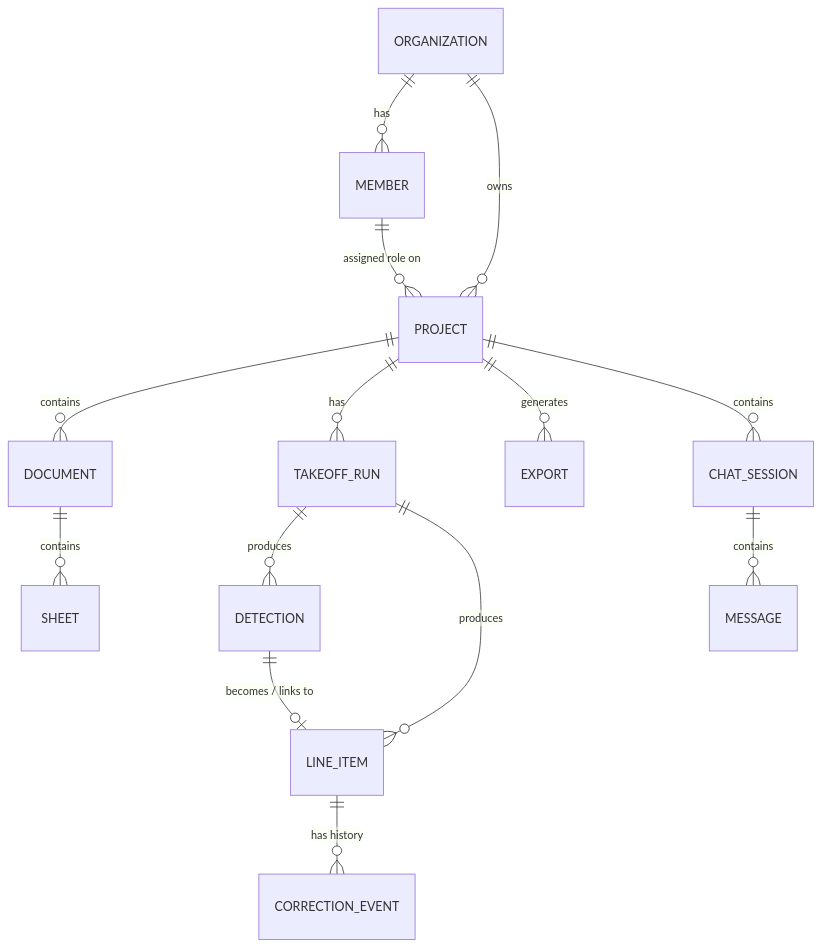
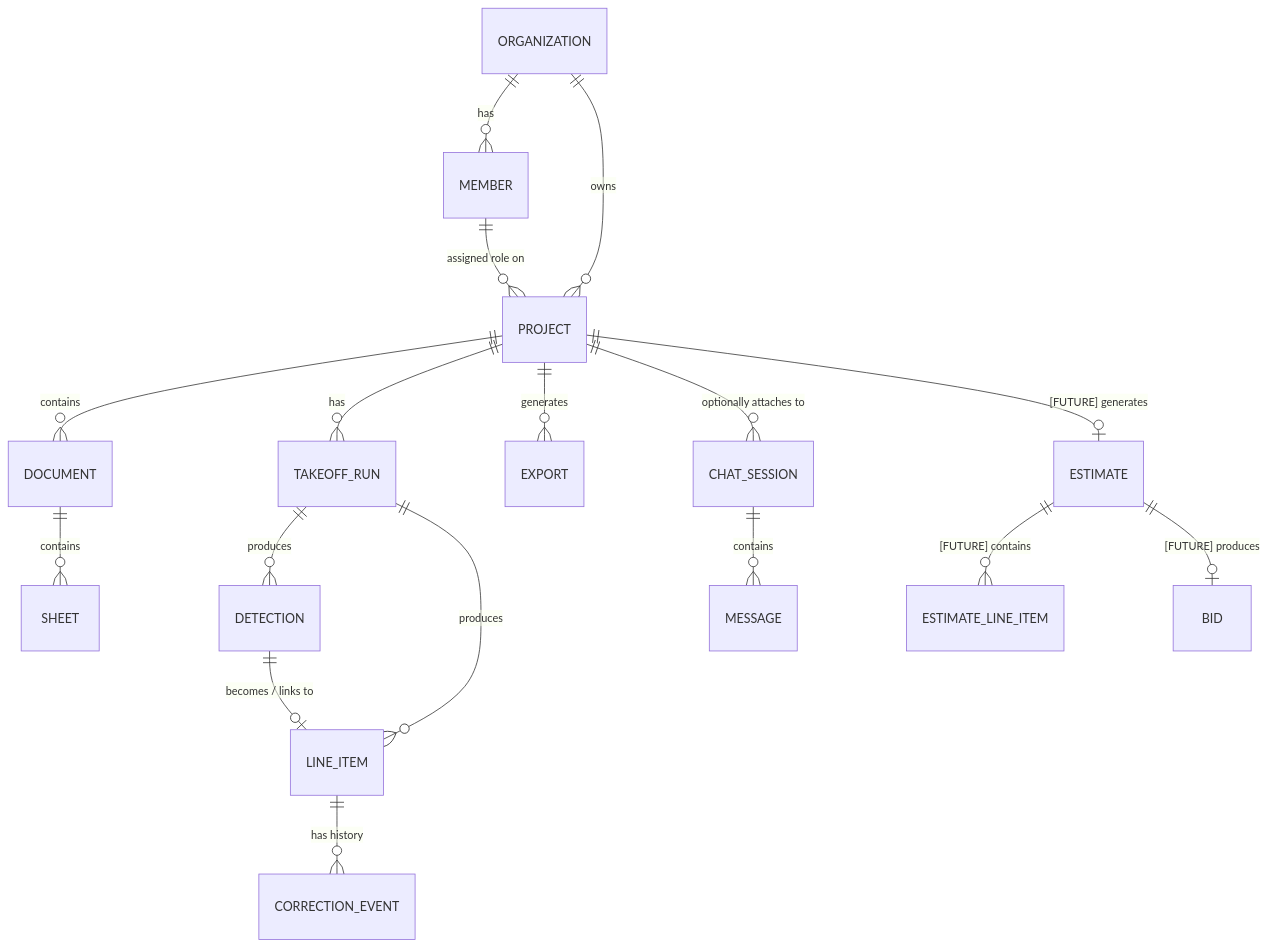
One commit to HardikBhaskar2010/Vectoris changed the diagram in docs/03_ARCHITECTURE/DATA_MODEL.md. Above: the diagram before and after it, drawn with Mermaid. The commit also changed other lines of this file and 1829 other files, not shown here.

````diff
--- a/docs/03_ARCHITECTURE/DATA_MODEL.md
+++ b/docs/03_ARCHITECTURE/DATA_MODEL.md
@@ -11,16 +11,19 @@
 ```mermaid
 erDiagram
     ORGANIZATION ||--o{ MEMBER : has
     ORGANIZATION ||--o{ PROJECT : owns
     PROJECT ||--o{ DOCUMENT : contains
     DOCUMENT ||--o{ SHEET : contains
     PROJECT ||--o{ TAKEOFF_RUN : has
     TAKEOFF_RUN ||--o{ DETECTION : produces
     TAKEOFF_RUN ||--o{ LINE_ITEM : produces
     DETECTION ||--o| LINE_ITEM : "becomes / links to"
     LINE_ITEM ||--o{ CORRECTION_EVENT : "has history"
     PROJECT ||--o{ EXPORT : generates
-    PROJECT ||--o{ CHAT_SESSION : contains
+    PROJECT ||--o{ CHAT_SESSION : "optionally attaches to"
     CHAT_SESSION ||--o{ MESSAGE : contains
     MEMBER ||--o{ PROJECT : "assigned role on"
+    PROJECT ||--o| ESTIMATE : "[FUTURE] generates"
+    ESTIMATE ||--o{ ESTIMATE_LINE_ITEM : "[FUTURE] contains"
+    ESTIMATE ||--o| BID : "[FUTURE] produces"
 ```
````
